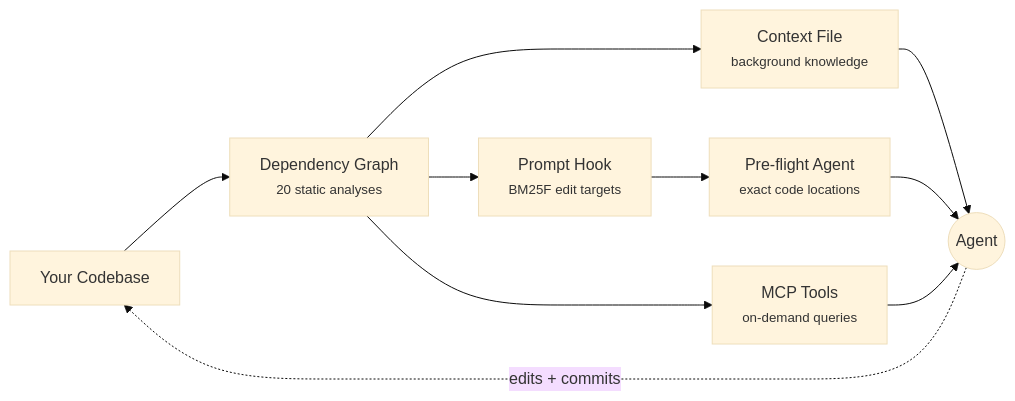
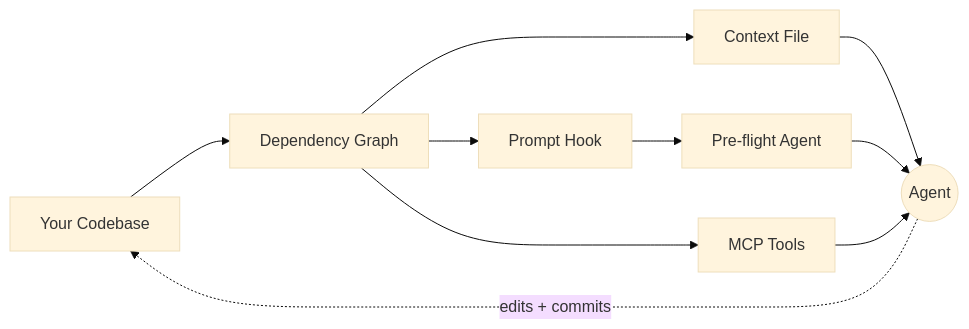
One commit to michaelabrt/clarte changed the diagram in README.md. Above: the diagram before and after it, drawn with Mermaid (base theme). The commit also changed other lines of this file and 2 other files, not shown here.

First line of the commit message:
refactor: remove pre-agent gate hook, clean up stale hook files

````diff
--- a/README.md
+++ b/README.md
@@ -61,11 +61,11 @@
 ```mermaid
 graph LR
-    A[Your Codebase] --> B[Dependency Graph<br><small>20 static analyses</small>]
-    B --> C[Context File<br><small>background knowledge</small>]
-    B --> D[Prompt Hook<br><small>BM25F edit targets</small>]
-    D --> E[Pre-flight Agent<br><small>exact code locations</small>]
+    A[Your Codebase] --> B[Dependency Graph]
+    B --> C[Context File]
+    B --> D[Prompt Hook]
+    D --> E[Pre-flight Agent]
     C & E --> F((Agent))
-    B --> G[MCP Tools<br><small>on-demand queries</small>]
+    B --> G[MCP Tools]
     G --> F
     F -. "edits + commits" .-> A
 ```
````
